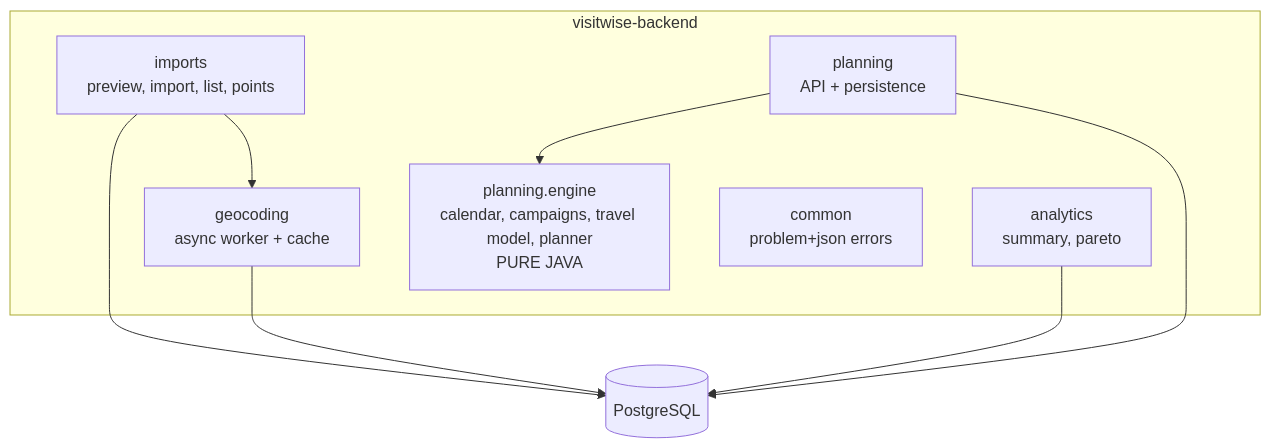
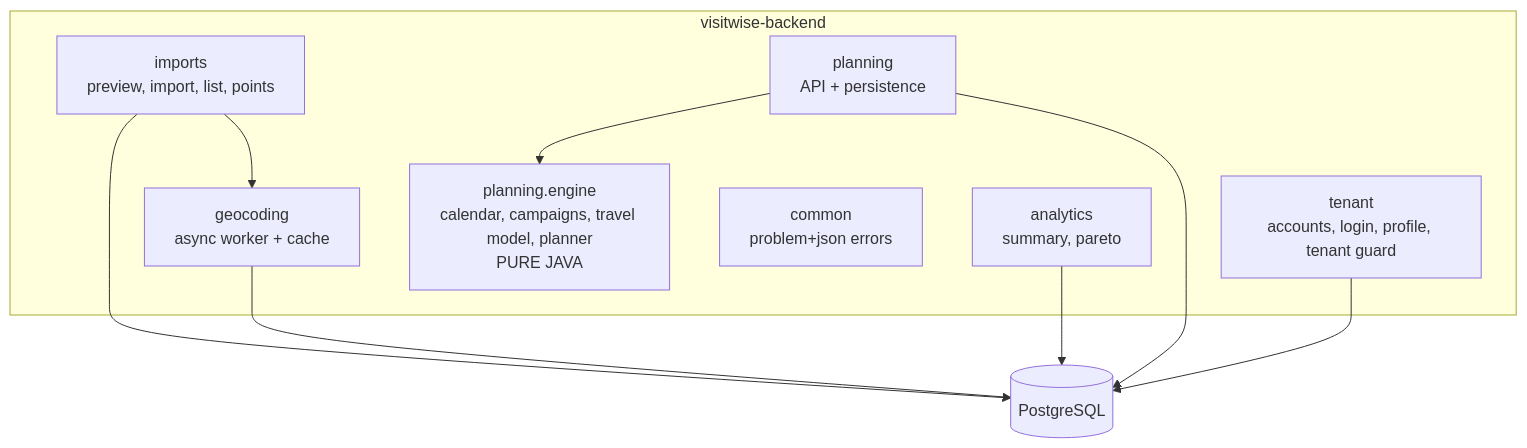
The third of 4 diagrams in booklets/architecture/ARCHITECTURE.md (RiccardoPuccetti/2142227_VisitWise), drawn with Mermaid before and after one commit. The commit also changed other lines of this file and 3 other files, not shown here.

````diff
--- a/booklets/architecture/ARCHITECTURE.md
+++ b/booklets/architecture/ARCHITECTURE.md
@@ -36,14 +36,15 @@
 ```mermaid
 flowchart TB
   subgraph backend[visitwise-backend]
     imp[imports<br/>preview, import, list, points]
     geo[geocoding<br/>async worker + cache]
     ana[analytics<br/>summary, pareto]
     pl[planning<br/>API + persistence]
     eng[planning.engine<br/>calendar, campaigns, travel model, planner<br/>PURE JAVA]
     com[common<br/>problem+json errors]
+    ten[tenant<br/>accounts, login, profile, tenant guard]
   end
   imp --> geo
   pl --> eng
-  imp & geo & ana & pl --> db[(PostgreSQL)]
+  imp & geo & ana & pl & ten --> db[(PostgreSQL)]
 ```
````
